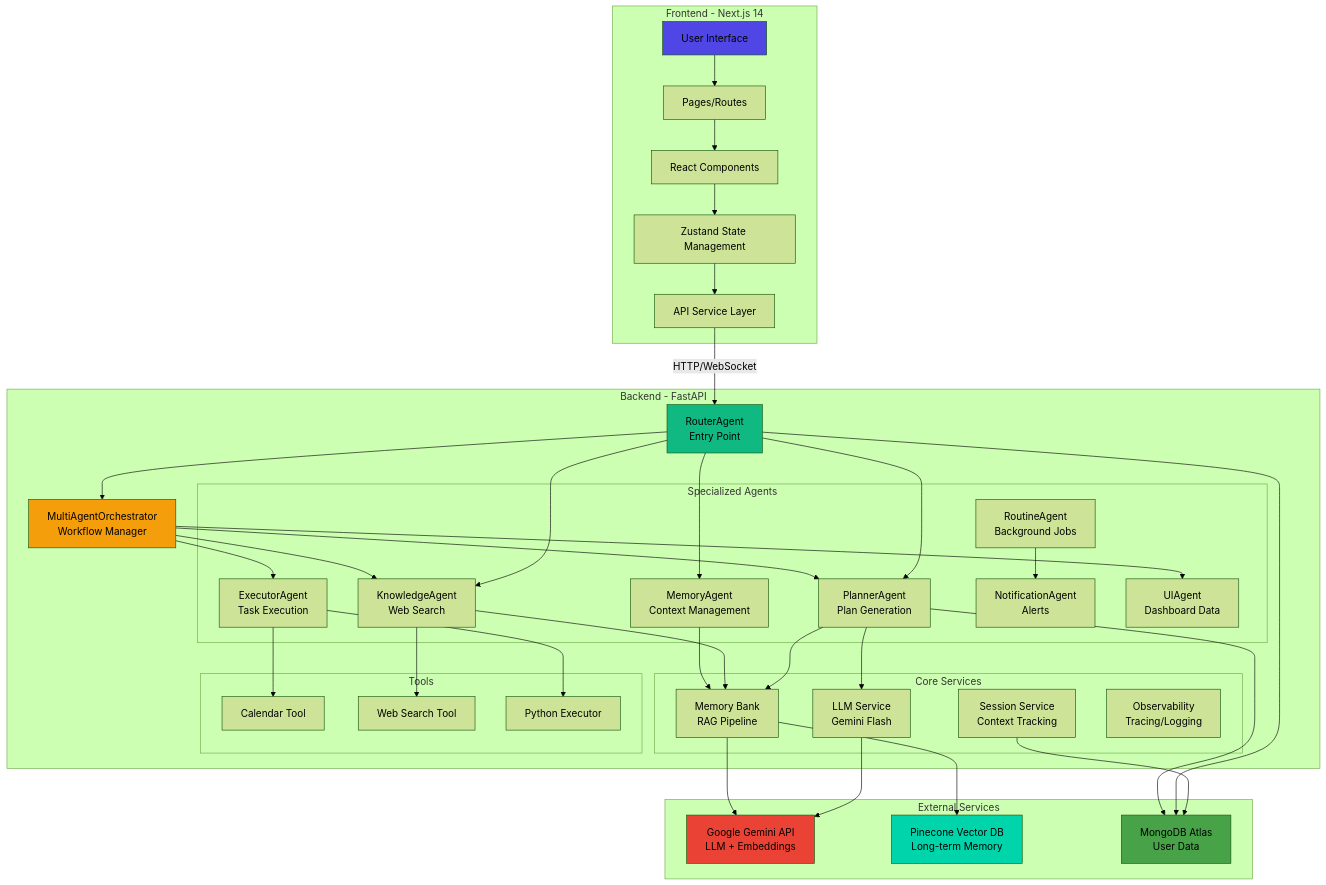
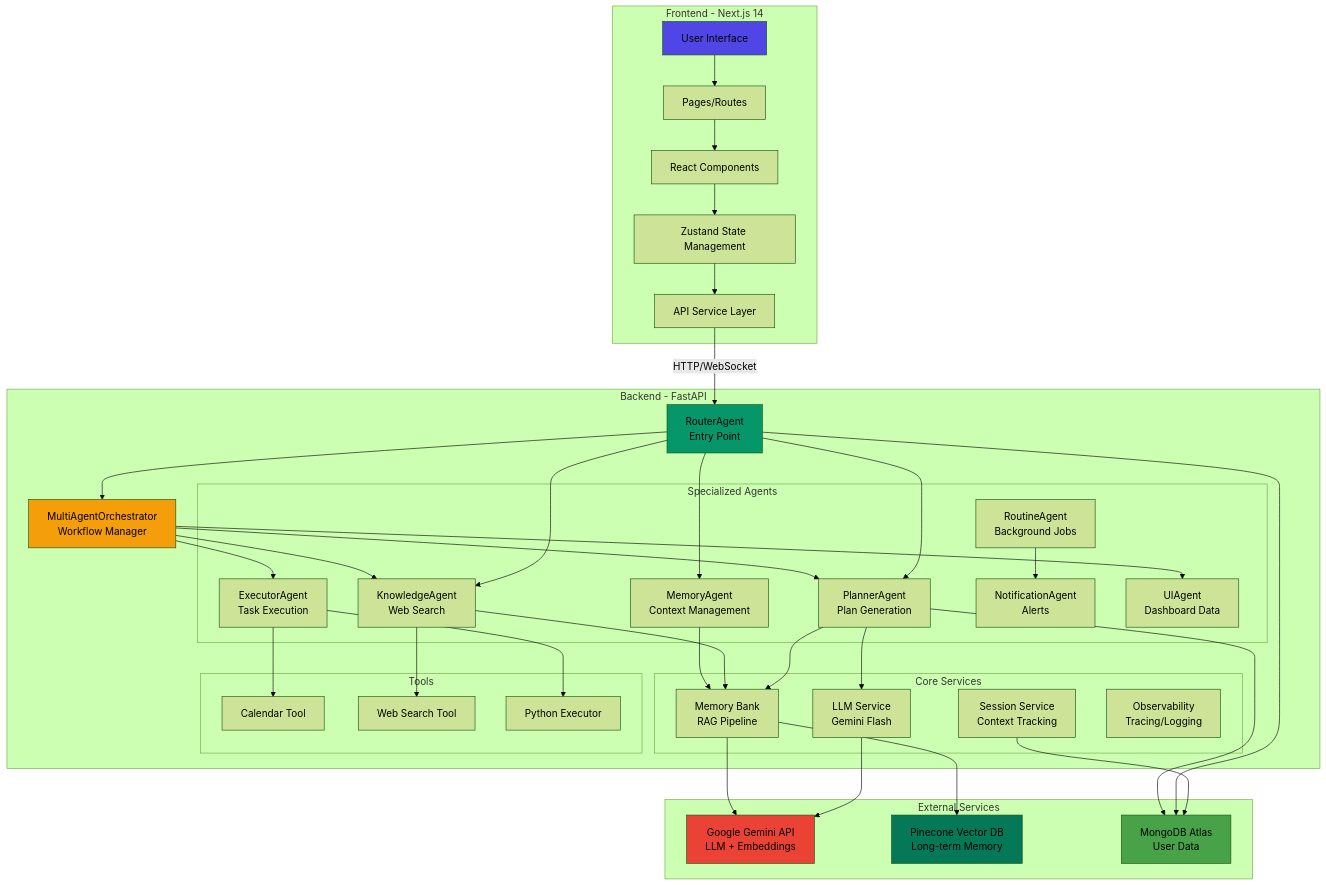
The first of 2 diagrams in README.md (JayChauhan3/lifepilot), drawn with Mermaid (forest theme) before and after one commit.

````diff
--- a/README.md
+++ b/README.md
@@ -123,9 +123,9 @@
     Planner --> MongoDB
     
     style UI fill:#4F46E5
-    style Router fill:#10B981
+    style Router fill:#059669
     style Orchestrator fill:#F59E0B
     style Gemini fill:#EA4335
-    style Pinecone fill:#00D4AA
+    style Pinecone fill:#047857
     style MongoDB fill:#47A248
 ```
````
